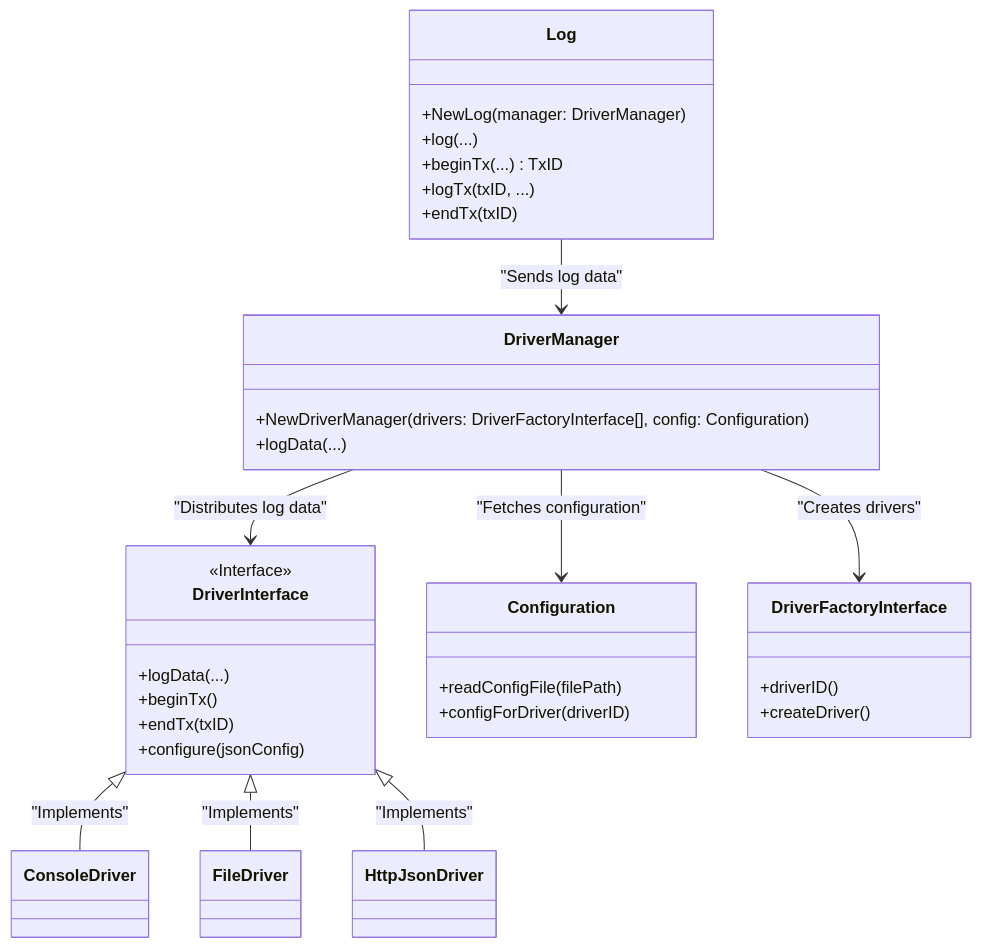
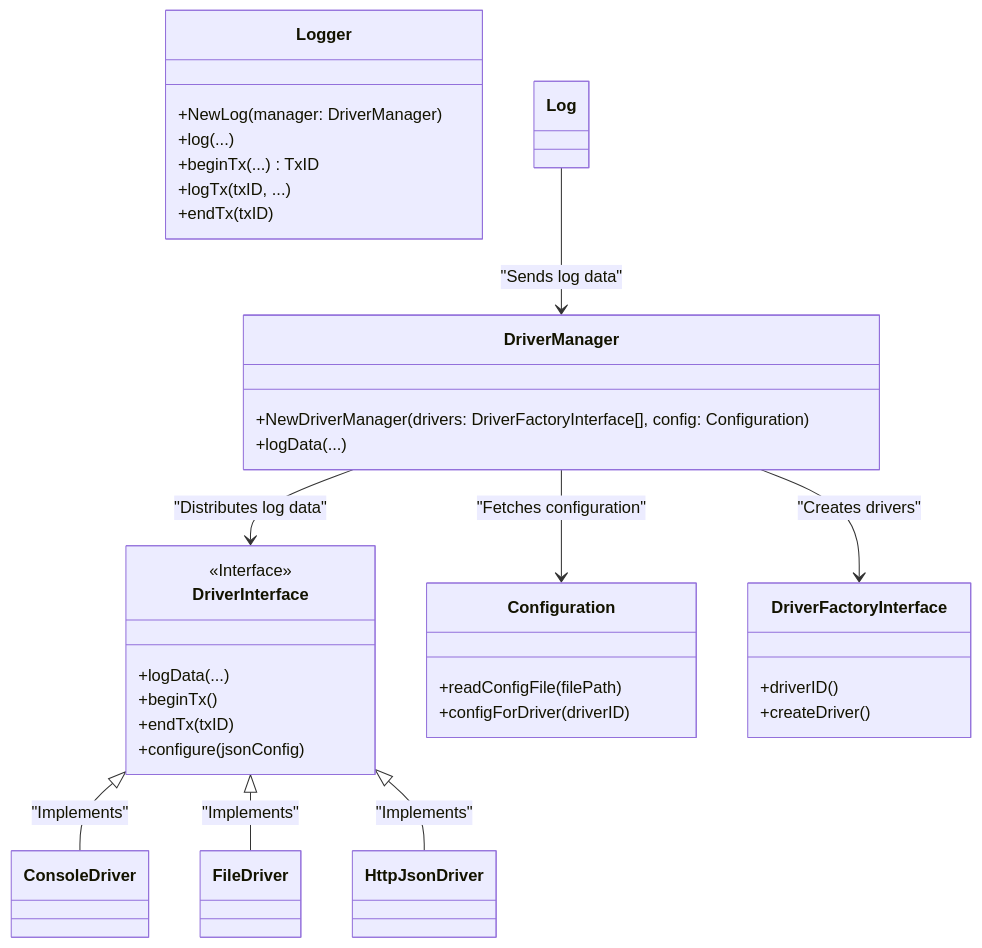
One commit to stefandunca/logsystem changed the diagram in README.md. Above: the diagram before and after it, drawn with Mermaid. The commit also changed other lines of this file and 8 other files, not shown here.

````diff
--- a/README.md
+++ b/README.md
@@ -44,41 +44,41 @@
 ```mermaid
 classDiagram
-    class Log {
+    class Logger {
         +NewLog(manager: DriverManager)
         +log(...)
         +beginTx(...) TxID
         +logTx(txID, ...) 
         +endTx(txID)
     }
     
     class DriverManager {
         +NewDriverManager(drivers: DriverFactoryInterface[], config: Configuration)
         +logData(...)
     }
     
     class DriverInterface {
         <<Interface>>
         +logData(...)
         +beginTx()
         +endTx(txID)
         +configure(jsonConfig)
     }
 
     class Configuration {
         +readConfigFile(filePath)
         +configForDriver(driverID)
     }
 
     class DriverFactoryInterface {
         +driverID()
         +createDriver()
     }
     
     Log --> DriverManager : "Sends log data"
     DriverManager --> DriverInterface : "Distributes log data"
     DriverManager --> DriverFactoryInterface : "Creates drivers"
     DriverManager --> Configuration : "Fetches configuration"
     DriverInterface <|-- ConsoleDriver : "Implements"
     DriverInterface <|-- FileDriver : "Implements"
     DriverInterface <|-- HttpJsonDriver : "Implements"
 ```
````
